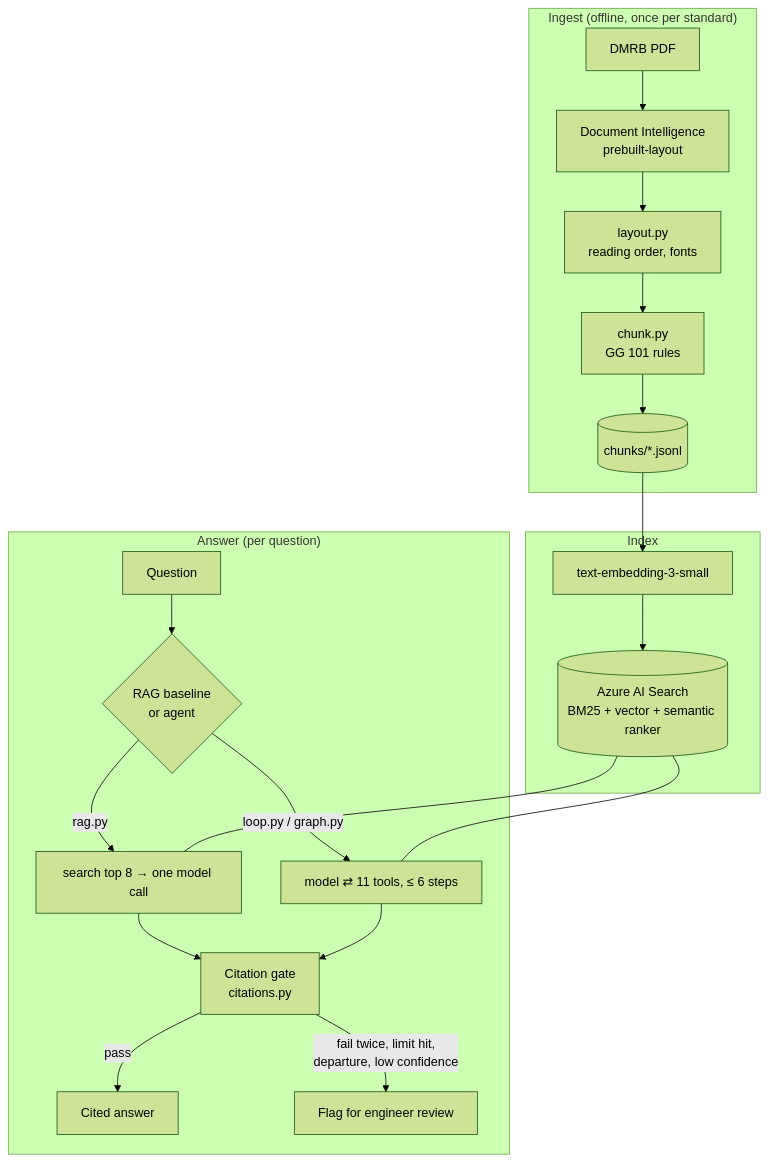
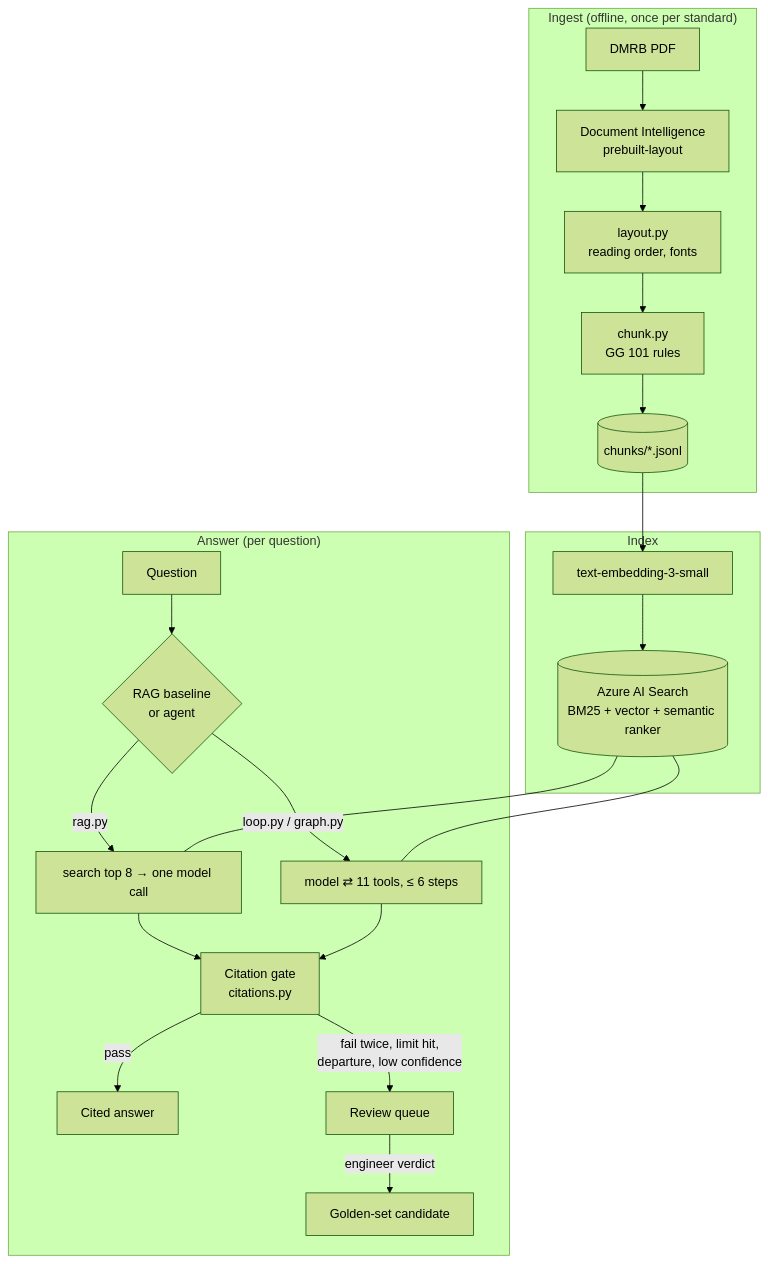
The diagram in docs/ARCHITECTURE.md (benw312/dmrb-standards-assistant), drawn with Mermaid (forest theme) before and after one commit. The commit also changed other lines of this file and 21 other files, not shown here.

First line of the commit message:
feat: engineer review queue; verdicts become golden-set candidates (Phase 5)

````diff
--- a/docs/ARCHITECTURE.md
+++ b/docs/ARCHITECTURE.md
@@ -8,24 +8,25 @@
 ```mermaid
 flowchart TB
     subgraph Ingest["Ingest (offline, once per standard)"]
         PDF[DMRB PDF] --> DI[Document Intelligence<br/>prebuilt-layout]
         DI --> L[layout.py<br/>reading order, fonts]
         L --> C[chunk.py<br/>GG 101 rules]
         C --> J[(chunks/*.jsonl)]
     end
     subgraph Index["Index"]
         J --> E[text-embedding-3-small]
         E --> S[(Azure AI Search<br/>BM25 + vector + semantic ranker)]
     end
     subgraph Answer["Answer (per question)"]
         Q[Question] --> A{RAG baseline<br/>or agent}
         A -->|rag.py| R[search top 8 → one model call]
         A -->|loop.py / graph.py| G[model ⇄ 11 tools, ≤ 6 steps]
         R --> V[Citation gate<br/>citations.py]
         G --> V
         V -->|pass| OK[Cited answer]
-        V -->|fail twice, limit hit,<br/>departure, low confidence| H[Flag for engineer review]
+        V -->|fail twice, limit hit,<br/>departure, low confidence| H[Review queue]
+        H -->|engineer verdict| GC[Golden-set candidate]
     end
     S --- R
     S --- G
 ```
````
